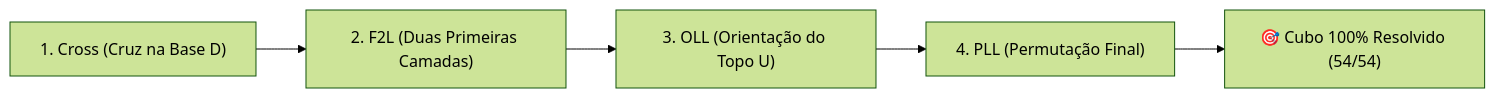
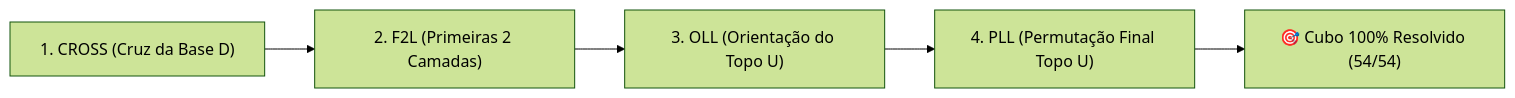
The second of 2 diagrams in README.md (luiz0067yahoo/python-algoritmo-genetico-inteligencia-artificial-cubo-de-rubik), drawn with Mermaid (forest theme) before and after one commit. The commit also changed other lines of this file and 3 other files, not shown here.

````diff
--- a/README.md
+++ b/README.md
@@ -91,7 +100,7 @@
 ```mermaid
 graph LR
-    C["1. Cross (Cruz na Base D)"] --> F["2. F2L (Duas Primeiras Camadas)"]
+    C["1. CROSS (Cruz da Base D)"] --> F["2. F2L (Primeiras 2 Camadas)"]
     F --> O["3. OLL (Orientação do Topo U)"]
-    O --> P["4. PLL (Permutação Final)"]
+    O --> P["4. PLL (Permutação Final Topo U)"]
     P --> S["🎯 Cubo 100% Resolvido (54/54)"]
 ```
````
